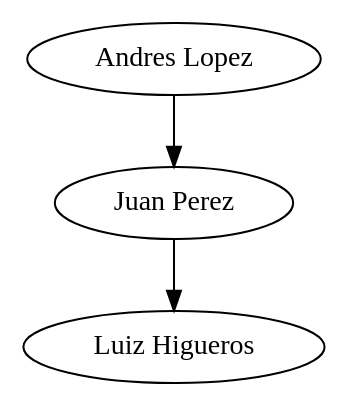
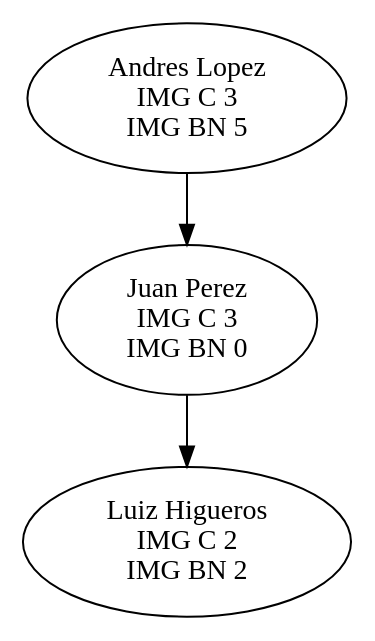
The diagram in Fase1/graph.dot (d-acetun/simulacion-sistema-impresion-de-imagenes), drawn with Graphviz before and after one commit. The commit also changed 9 other files, not shown here.

Commit message:
Se hizo el metodo para ver la cola de recepcion cpn graphviz

```diff
--- a/Fase1/graph.dot
+++ b/Fase1/graph.dot
@@ -1,8 +1,8 @@
 digraph ejemplo {
-0 [label="Andres Lopez"]
-1 [label="Juan Perez"]
-2 [label="Luiz Higueros"]
+0 [label="Andres Lopez\nIMG C 3\nIMG BN 5"]
+1 [label="Juan Perez\nIMG C 3\nIMG BN 0"]
+2 [label="Luiz Higueros\nIMG C 2\nIMG BN 2"]
 0->1
 1->2
 rankdir=TB
 }
```
